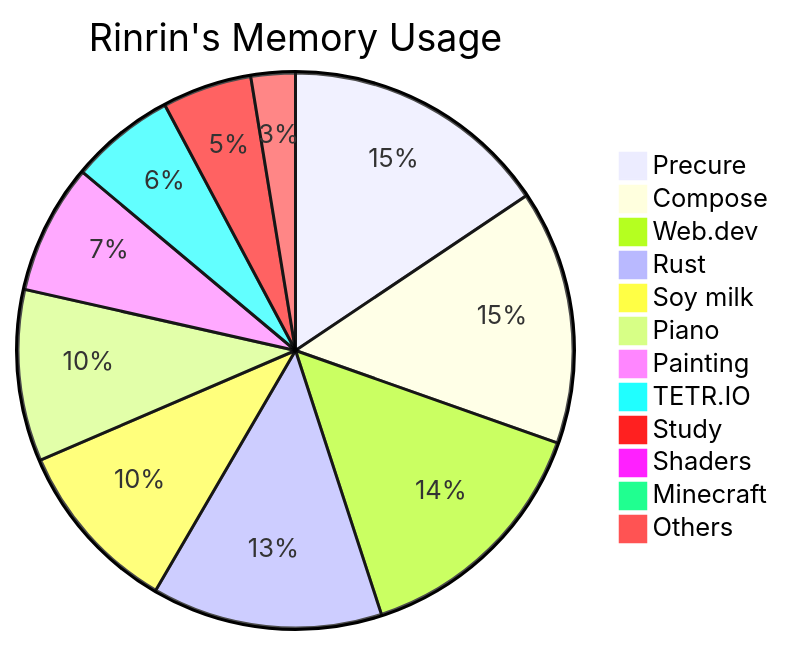
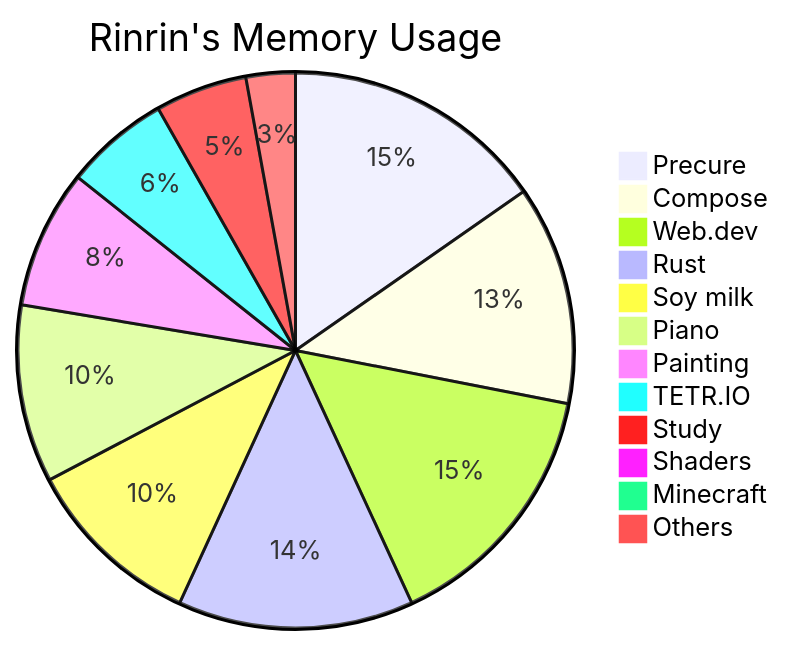
The diagram in README.md (Rinrin0413/Rinrin0413), drawn with Mermaid before and after one commit.

Commit message:
🛠 Update: Rinrin's Memory Usage

````diff
--- a/README.md
+++ b/README.md
@@ -77,15 +77,15 @@
 ```mermaid
 pie title Rinrin's Memory Usage
-    "Precure": 635
-    "Compose": 603
+    "Precure": 604
+    "Compose": 503
     "Web.dev": 594
-    "Rust": 546
-    "Soy milk": 413
-    "Piano": 407
-    "Painting": 308
-    "TETR.IO": 249
-    "Study": 212
+    "Rust": 541
+    "Soy milk": 412
+    "Piano": 408
+    "Painting": 318
+    "TETR.IO": 240
+    "Study": 211
     "Shaders": 30
     "Minecraft": 30
-    "Others": 105
+    "Others": 113
 ```
````
